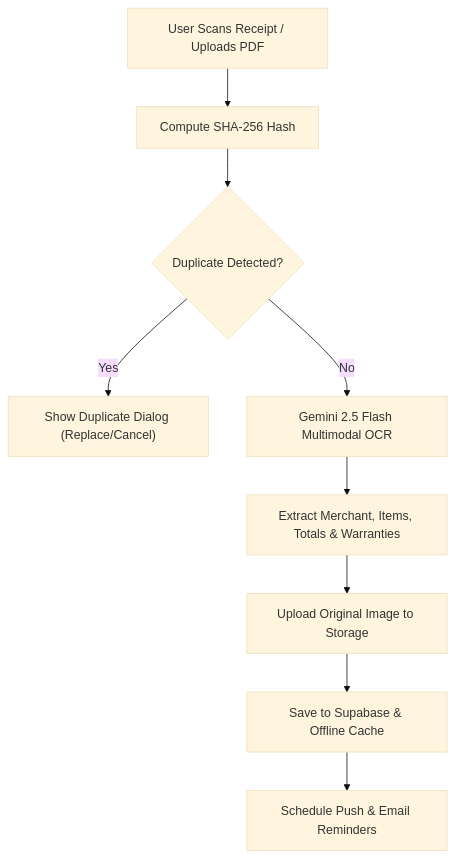
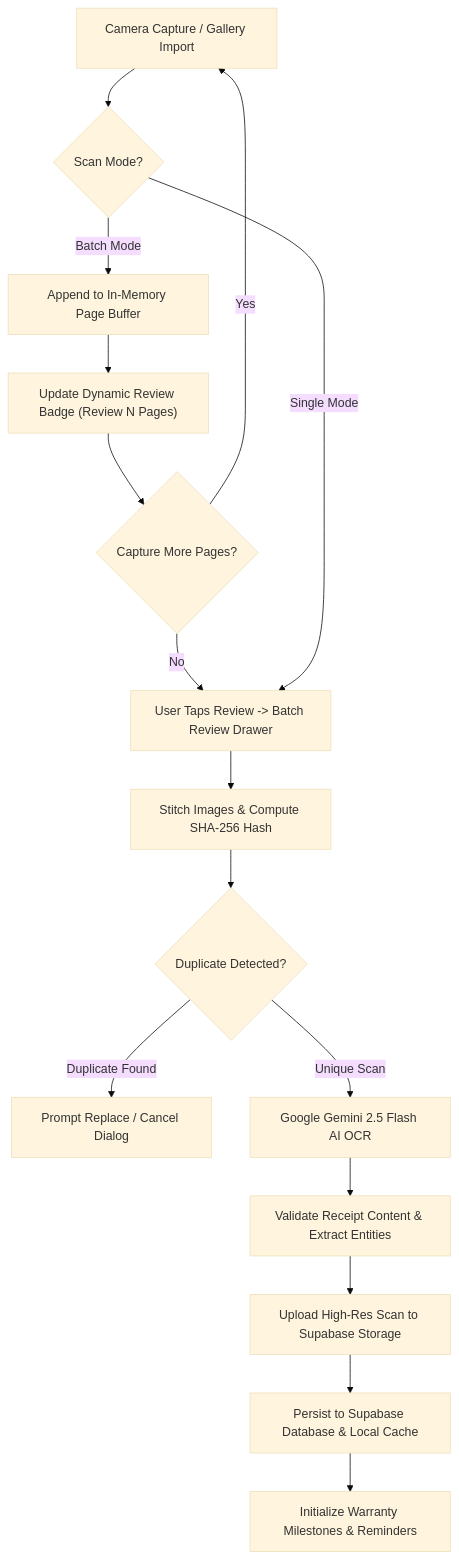
Before and after one commit to milanraj-github/RECEIPTO: the first of 2 diagrams in README.md, drawn with Mermaid (base theme). The commit also changed other lines of this file, not shown here.

Commit message:
docs: revamp README with complete architecture, features, workflows and production setup

````diff
--- a/README.md
+++ b/README.md
@@ -544,11 +185,18 @@
 ```mermaid
 flowchart TD
-    A["User Scans Receipt / Uploads PDF"] --> B["Compute SHA-256 Hash"]
-    B --> C{"Duplicate Detected?"}
-    C -- "Yes" --> D["Show Duplicate Dialog (Replace/Cancel)"]
-    C -- "No" --> E["Gemini 2.5 Flash Multimodal OCR"]
-    E --> F["Extract Merchant, Items, Totals & Warranties"]
-    F --> G["Upload Original Image to Storage"]
-    G --> H["Save to Supabase & Offline Cache"]
-    H --> I["Schedule Push & Email Reminders"]
+    A["Camera Capture / Gallery Import"] --> B{"Scan Mode?"}
+    B -- "Batch Mode" --> C["Append to In-Memory Page Buffer"]
+    C --> D["Update Dynamic Review Badge (Review N Pages)"]
+    D --> E{"Capture More Pages?"}
+    E -- "Yes" --> A
+    E -- "No" --> F["User Taps Review -> Batch Review Drawer"]
+    B -- "Single Mode" --> F
+    F --> G["Stitch Images & Compute SHA-256 Hash"]
+    G --> H{"Duplicate Detected?"}
+    H -- "Duplicate Found" --> I["Prompt Replace / Cancel Dialog"]
+    H -- "Unique Scan" --> J["Google Gemini 2.5 Flash AI OCR"]
+    J --> K["Validate Receipt Content & Extract Entities"]
+    K --> L["Upload High-Res Scan to Supabase Storage"]
+    L --> M["Persist to Supabase Database & Local Cache"]
+    M --> N["Initialize Warranty Milestones & Reminders"]
 ```
````
